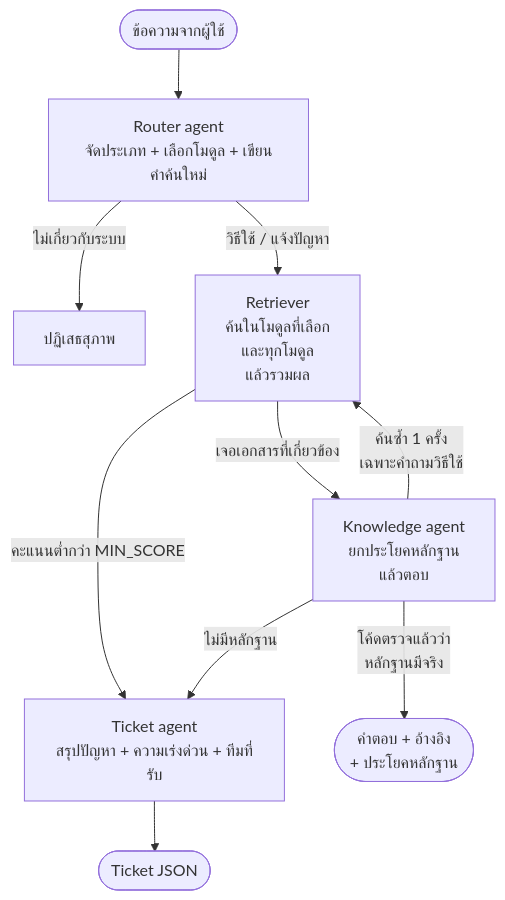
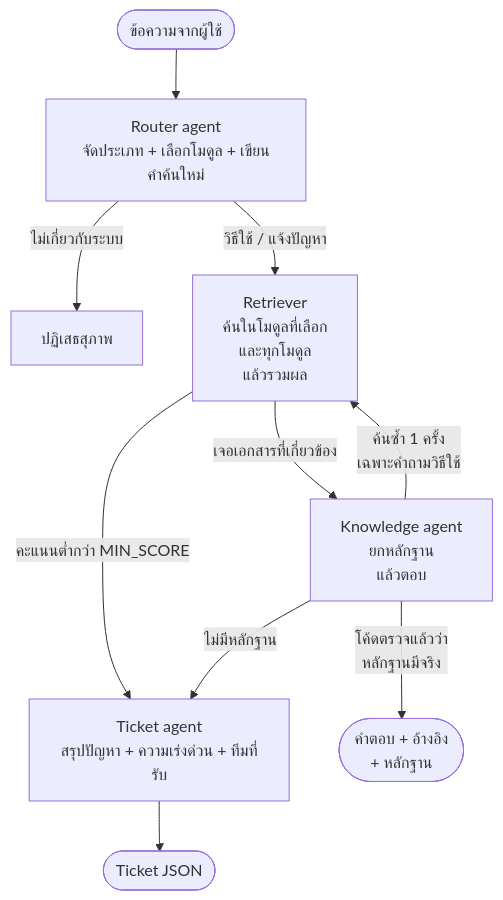
One commit to Sprites-X/erp-helpdesk-agent changed the diagram in README.md. Above: the diagram before and after it, drawn with Mermaid.

Commit message:
Shorten diagram labels

````diff
--- a/README.md
+++ b/README.md
@@ -12,12 +12,12 @@
 ```mermaid
 flowchart TD
     U([ข้อความจากผู้ใช้]) --> R[Router agent<br/>จัดประเภท + เลือกโมดูล + เขียนคำค้นใหม่]
     R -->|ไม่เกี่ยวกับระบบ| G[ปฏิเสธสุภาพ]
     R -->|วิธีใช้ / แจ้งปัญหา| S[Retriever<br/>ค้นในโมดูลที่เลือก<br/>และทุกโมดูล<br/>แล้วรวมผล]
     S -->|คะแนนต่ำกว่า MIN_SCORE| T[Ticket agent<br/>สรุปปัญหา + ความเร่งด่วน + ทีมที่รับ]
-    S -->|เจอเอกสารที่เกี่ยวข้อง| K[Knowledge agent<br/>ยกประโยคหลักฐาน<br/>แล้วตอบ]
-    K -->|โค้ดตรวจแล้วว่า<br/>หลักฐานมีจริง| A([คำตอบ + อ้างอิง<br/>+ ประโยคหลักฐาน])
+    S -->|เจอเอกสารที่เกี่ยวข้อง| K[Knowledge agent<br/>ยกหลักฐาน<br/>แล้วตอบ]
+    K -->|โค้ดตรวจแล้วว่า<br/>หลักฐานมีจริง| A([คำตอบ + อ้างอิง<br/>+ หลักฐาน])
     K -->|ค้นซ้ำ 1 ครั้ง<br/>เฉพาะคำถามวิธีใช้| S
     K -->|ไม่มีหลักฐาน| T
     T --> TK([Ticket JSON])
 ```
````
